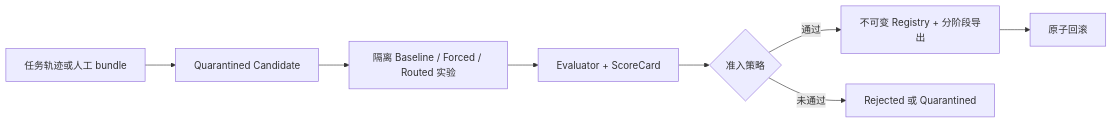
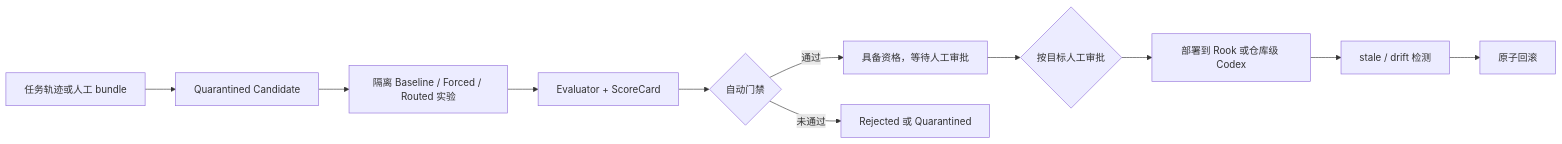
One commit to Lem0nTea2002/Rook changed the diagram in README.zh-CN.md. Above: the diagram before and after it, drawn with Mermaid. The commit also changed other lines of this file and 12 other files, not shown here.

````diff
--- a/README.zh-CN.md
+++ b/README.zh-CN.md
@@ -41,10 +41,13 @@
 ```mermaid
 flowchart LR
     A["任务轨迹或人工 bundle"] --> B["Quarantined Candidate"]
     B --> C["隔离 Baseline / Forced / Routed 实验"]
     C --> D["Evaluator + ScoreCard"]
-    D --> E{"准入策略"}
-    E -->|通过| F["不可变 Registry + 分阶段导出"]
+    D --> E{"自动门禁"}
+    E -->|通过| F["具备资格，等待人工审批"]
     E -->|未通过| G["Rejected 或 Quarantined"]
-    F --> H["原子回滚"]
+    F --> H{"按目标人工审批"}
+    H --> I["部署到 Rook 或仓库级 Codex"]
+    I --> J["stale / drift 检测"]
+    J --> K["原子回滚"]
 ```
````
